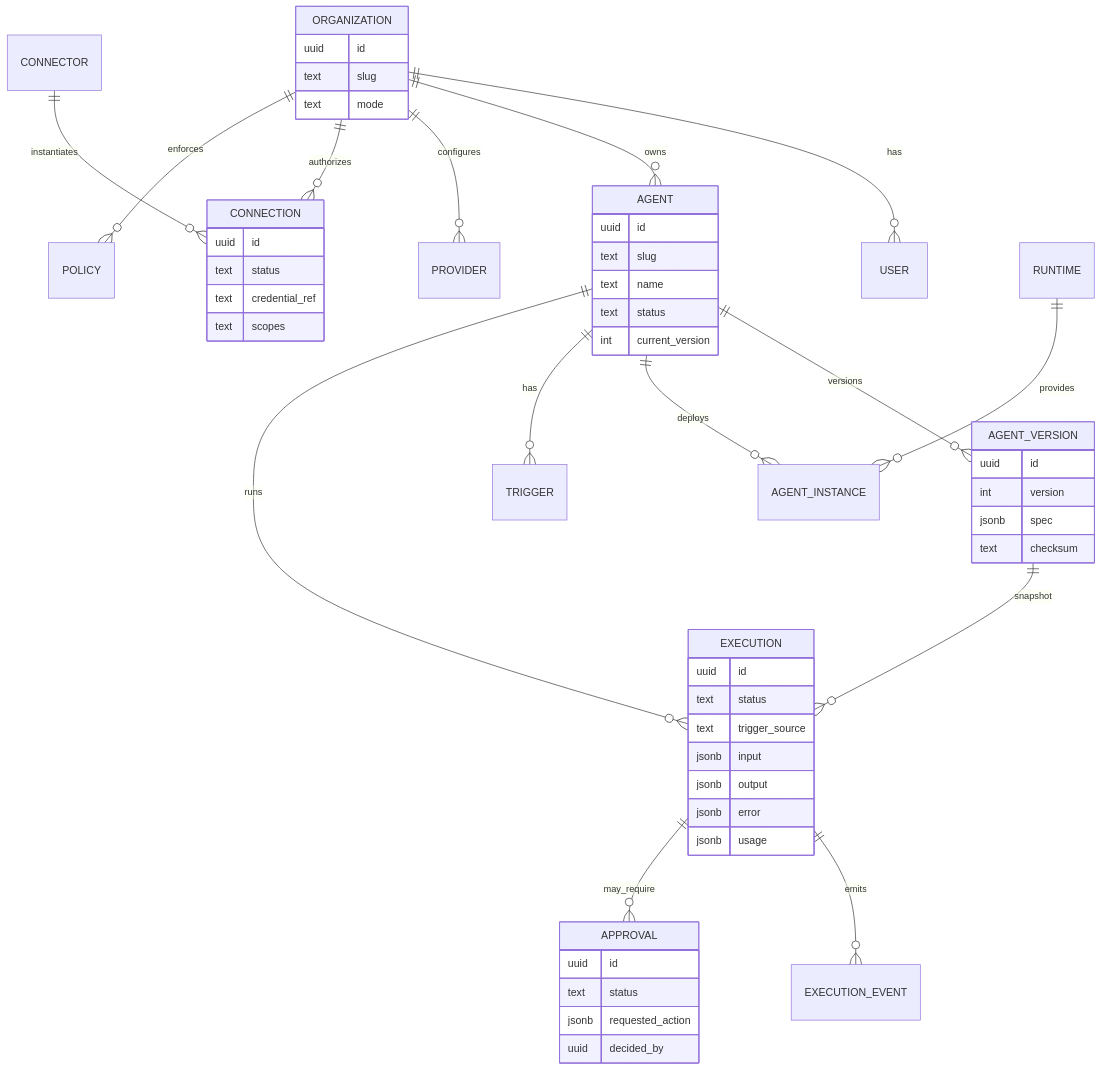
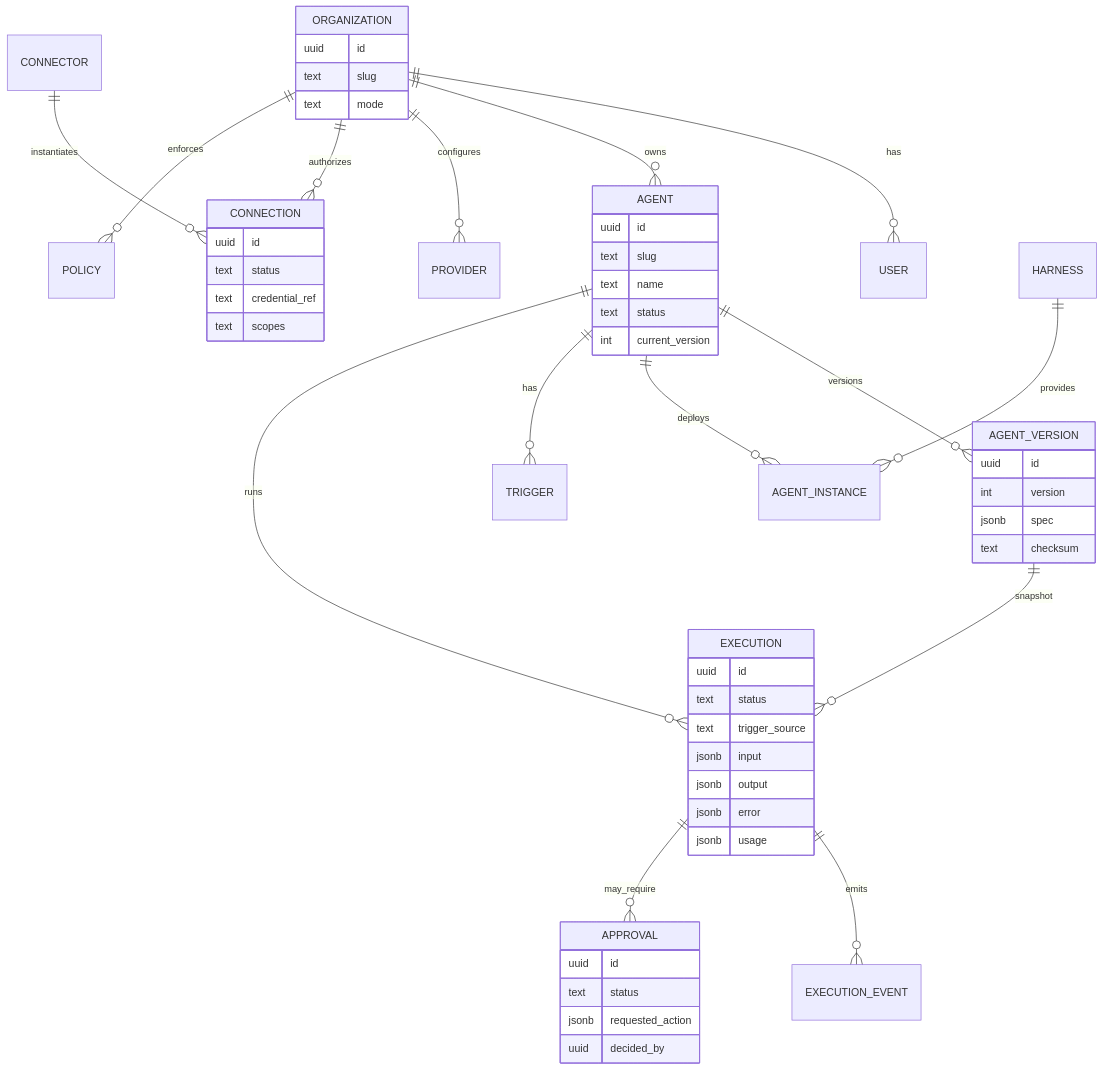
The fourth of 5 diagrams in docs/architecture/diagram.md (mikemikimike/orbit), drawn with Mermaid before and after one commit. The commit also changed other lines of this file and 116 other files, not shown here.

First line of the commit message:
refactor!: rename runtime to harness (0.4.0)

````diff
--- a/docs/architecture/diagram.md
+++ b/docs/architecture/diagram.md
@@ -133,60 +133,60 @@
 ```mermaid
 erDiagram
   ORGANIZATION ||--o{ USER : has
   ORGANIZATION ||--o{ AGENT : owns
   ORGANIZATION ||--o{ PROVIDER : configures
   ORGANIZATION ||--o{ CONNECTION : authorizes
   ORGANIZATION ||--o{ POLICY : enforces
 
   AGENT ||--o{ AGENT_VERSION : versions
   AGENT ||--o{ AGENT_INSTANCE : deploys
   AGENT ||--o{ TRIGGER : has
   AGENT ||--o{ EXECUTION : runs
 
   AGENT_VERSION ||--o{ EXECUTION : snapshot
-  RUNTIME ||--o{ AGENT_INSTANCE : provides
+  HARNESS ||--o{ AGENT_INSTANCE : provides
   CONNECTOR ||--o{ CONNECTION : instantiates
 
   EXECUTION ||--o{ EXECUTION_EVENT : emits
   EXECUTION ||--o{ APPROVAL : may_require
 
   ORGANIZATION {
     uuid id
     text slug
     text mode
   }
   AGENT {
     uuid id
     text slug
     text name
     text status
     int current_version
   }
   AGENT_VERSION {
     uuid id
     int version
     jsonb spec
     text checksum
   }
   EXECUTION {
     uuid id
     text status
     text trigger_source
     jsonb input
     jsonb output
     jsonb error
     jsonb usage
   }
   APPROVAL {
     uuid id
     text status
     jsonb requested_action
     uuid decided_by
   }
   CONNECTION {
     uuid id
     text status
     text credential_ref
     text scopes
   }
 ```
````
